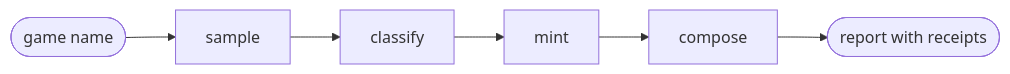
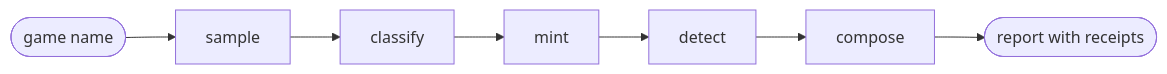
One commit to arda-basarici/steam-lens changed the diagram in README.md. Above: the diagram before and after it, drawn with Mermaid. The commit also changed other lines of this file and 5 other files, not shown here.

````diff
--- a/README.md
+++ b/README.md
@@ -51,5 +54,5 @@
 ```mermaid
 %%{init: {"flowchart": {"diagramPadding": 150}}}%%
 flowchart LR
-    A([game name]) --> B[sample] --> C[classify] --> D[mint] --> E[compose] --> F([report with receipts])
+    A([game name]) --> B[sample] --> C[classify] --> D[mint] --> E[detect] --> F[compose] --> G([report with receipts])
 ```
````
